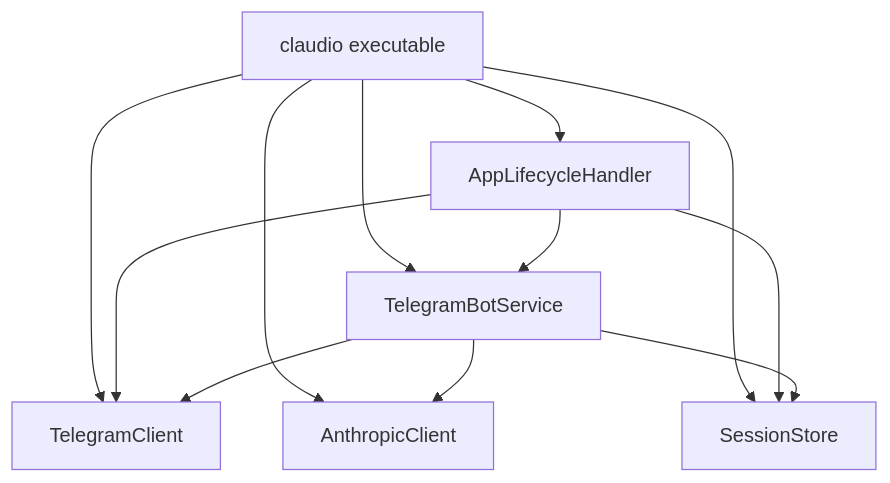
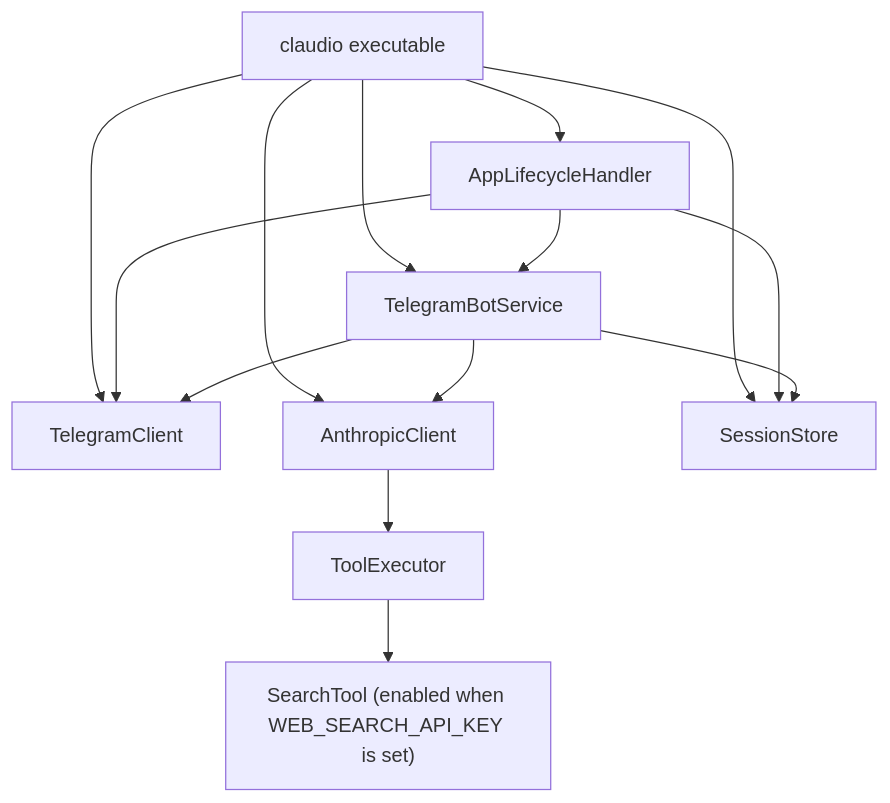
One commit to diegopetrucci/claudio changed the diagram in .docs/architecture.md. Above: the diagram before and after it, drawn with Mermaid. The commit also changed other lines of this file and 23 other files, not shown here.

Commit message:
tools: add web search

````diff
--- a/.docs/architecture.md
+++ b/.docs/architecture.md
@@ -74,16 +107,19 @@
 ```mermaid
 graph TD
-    A[claudio executable] --> B[AppLifecycleHandler]
-    A --> C[TelegramBotService]
-    A --> D[TelegramClient]
-    A --> E[AnthropicClient]
-    A --> F[SessionStore]
+    A["claudio executable"] --> B["AppLifecycleHandler"]
+    A --> C["TelegramBotService"]
+    A --> D["TelegramClient"]
+    A --> E["AnthropicClient"]
+    A --> F["SessionStore"]
 
     B --> D
     B --> C
     B --> F
 
     C --> D
     C --> E
     C --> F
+
+    E --> G["ToolExecutor"]
+    G --> H["SearchTool (enabled when WEB_SEARCH_API_KEY is set)"]
 ```
````
